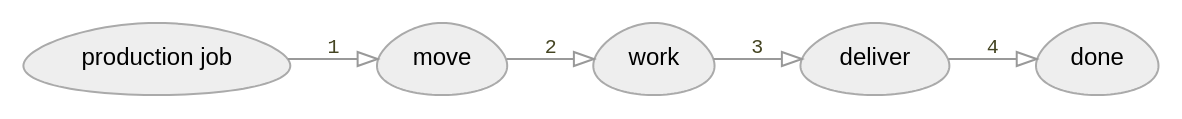
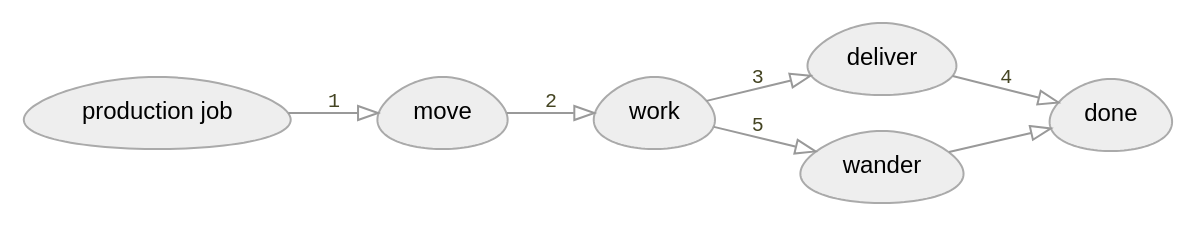
Before and after one commit to redblobgames/2327-roguelikedev: the third of 5 diagrams in index.org, drawn with Graphviz. The commit also changed other lines of this file and 8 other files, not shown here.

```diff
--- a/index.org
+++ b/index.org
@@ -428,12 +432,14 @@
 #+begin_src dot :file build/production-job.png :exports results
 digraph {
     node [fontname=Helvetica, fontsize=12, shape=egg, style=filled, color="#aaaaaa", fillcolor="#eeeeee"];
     edge [fontname=Courier, fontsize=10, fontcolor="#444422", color="#999999", fillcolor="#ffffff"];
     
     rankdir=LR;
     "production job" -> move [label="1"];
     move -> work [label="2"];
     work -> deliver [label="3"];
     deliver -> done [label="4"];
+    work -> wander [label="5"];
+    wander -> done;
 }
 #+end_src
```
